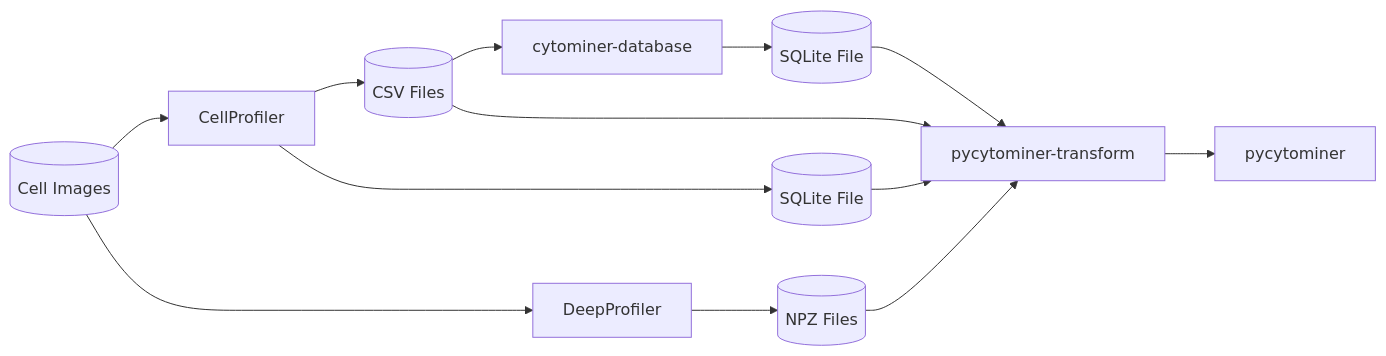
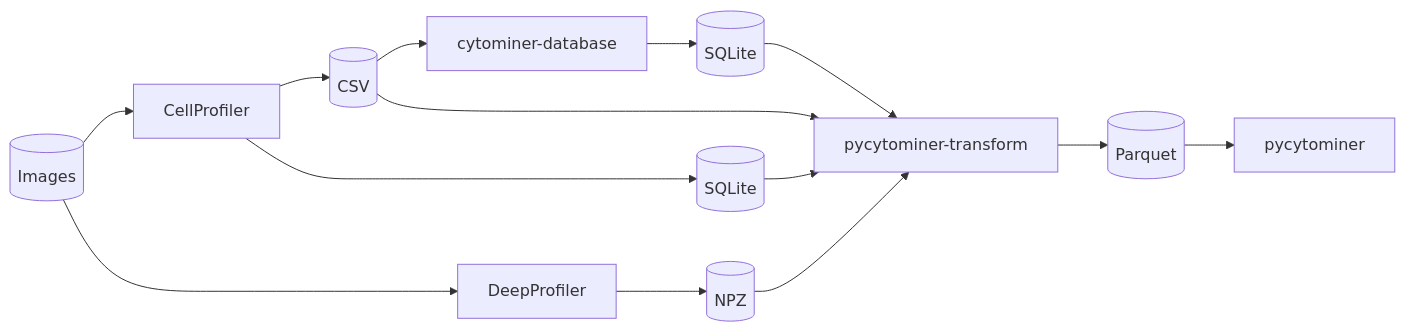
Before and after one commit to cytomining/CytoTable: the diagram in docs/source/index.md, drawn with Mermaid. The commit also changed 4 other files, not shown here.

Commit message:
increased testing; diagram fix

````diff
--- a/docs/source/index.md
+++ b/docs/source/index.md
@@ -3,27 +3,29 @@
 ```{mermaid}
     flowchart LR
 
-        images[(Cell Images)]
+        images[(Images)]
         CellProfiler
-        csv[(CSV Files)]
+        csv[(CSV)]
         DeepProfiler
-        npz[(NPZ Files)]
+        npz[(NPZ)]
         cytominer-database
-        sqlite[(SQLite File)]
-        cp_sqlite[(SQLite File)]
+        sqlite[(SQLite)]
+        cp_sqlite[(SQLite)]
         pycytominer
         pycytominer-transform
+        parquet[(Parquet)]
 
         images --> CellProfiler
         images --> DeepProfiler
         CellProfiler --> csv
         CellProfiler --> cp_sqlite
         DeepProfiler --> npz
         csv --> cytominer-database
         cytominer-database --> sqlite
         csv --> pycytominer-transform
         npz --> pycytominer-transform
         sqlite --> pycytominer-transform
         cp_sqlite --> pycytominer-transform
-        pycytominer-transform --> pycytominer
+        pycytominer-transform --> parquet
+        parquet --> pycytominer
 ```
````
